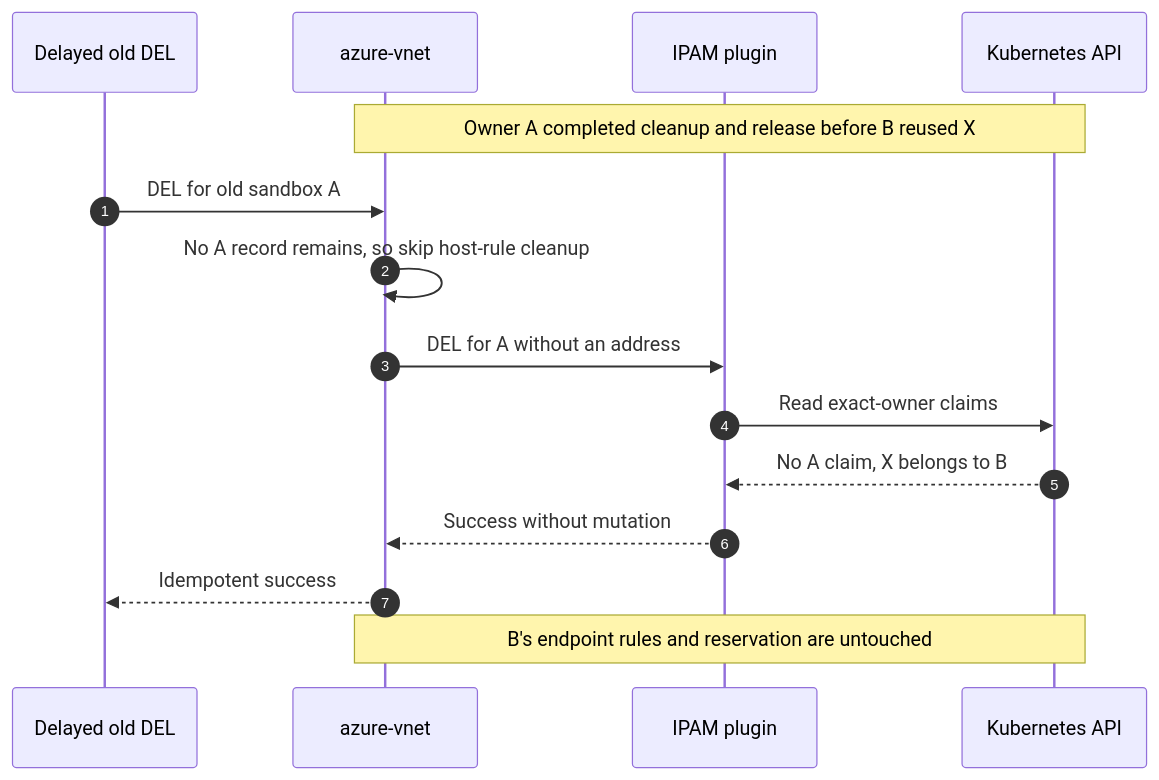
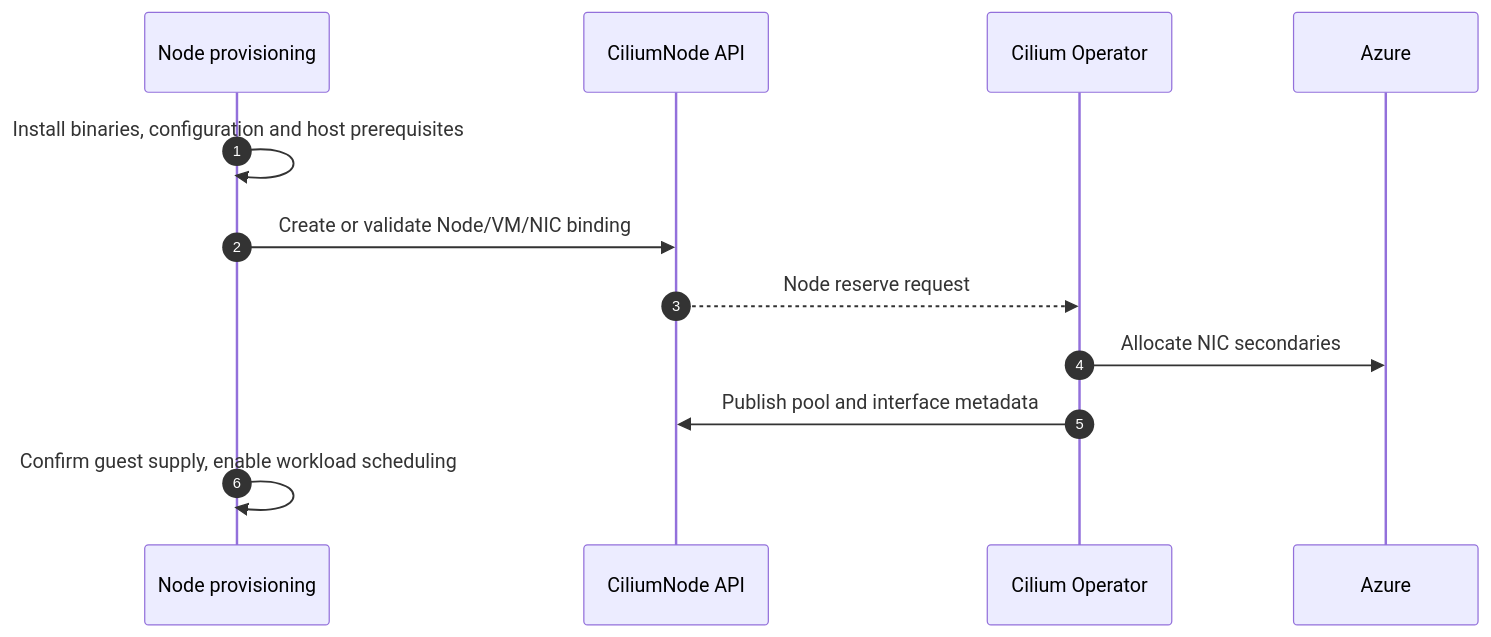
One commit to Azure/azure-container-networking changed the ninth of 9 diagrams in docs/cilium-operator-ipam.md. Above: the diagram before and after it, drawn with Mermaid. The commit also changed other lines of this file, not shown here.

First line of the commit message:
Refocus the Cilium IPAM lifecycle proposal

````diff
--- a/docs/cilium-operator-ipam.md
+++ b/docs/cilium-operator-ipam.md
@@ -971,17 +523,14 @@
 ```mermaid
 sequenceDiagram
     autonumber
-    participant D as Delayed old DEL
-    participant C as azure-vnet
-    participant I as IPAM plugin
-    participant K as Kubernetes API
-    Note over C,K: Owner A completed cleanup and release before B reused X
-    D->>C: DEL for old sandbox A
-    C->>C: No A record remains, so skip host-rule cleanup
-    C->>I: DEL for A without an address
-    I->>K: Read exact-owner claims
-    K-->>I: No A claim, X belongs to B
-    I-->>C: Success without mutation
-    C-->>D: Idempotent success
-    Note over C,K: B's endpoint rules and reservation are untouched
+    participant P as Node provisioning
+    participant K as CiliumNode API
+    participant O as Cilium Operator
+    participant A as Azure
+    P->>P: Install binaries, configuration and host prerequisites
+    P->>K: Create or validate Node/VM/NIC binding
+    K-->>O: Node reserve request
+    O->>A: Allocate NIC secondaries
+    O->>K: Publish pool and interface metadata
+    P->>P: Confirm guest supply, enable workload scheduling
 ```
````
